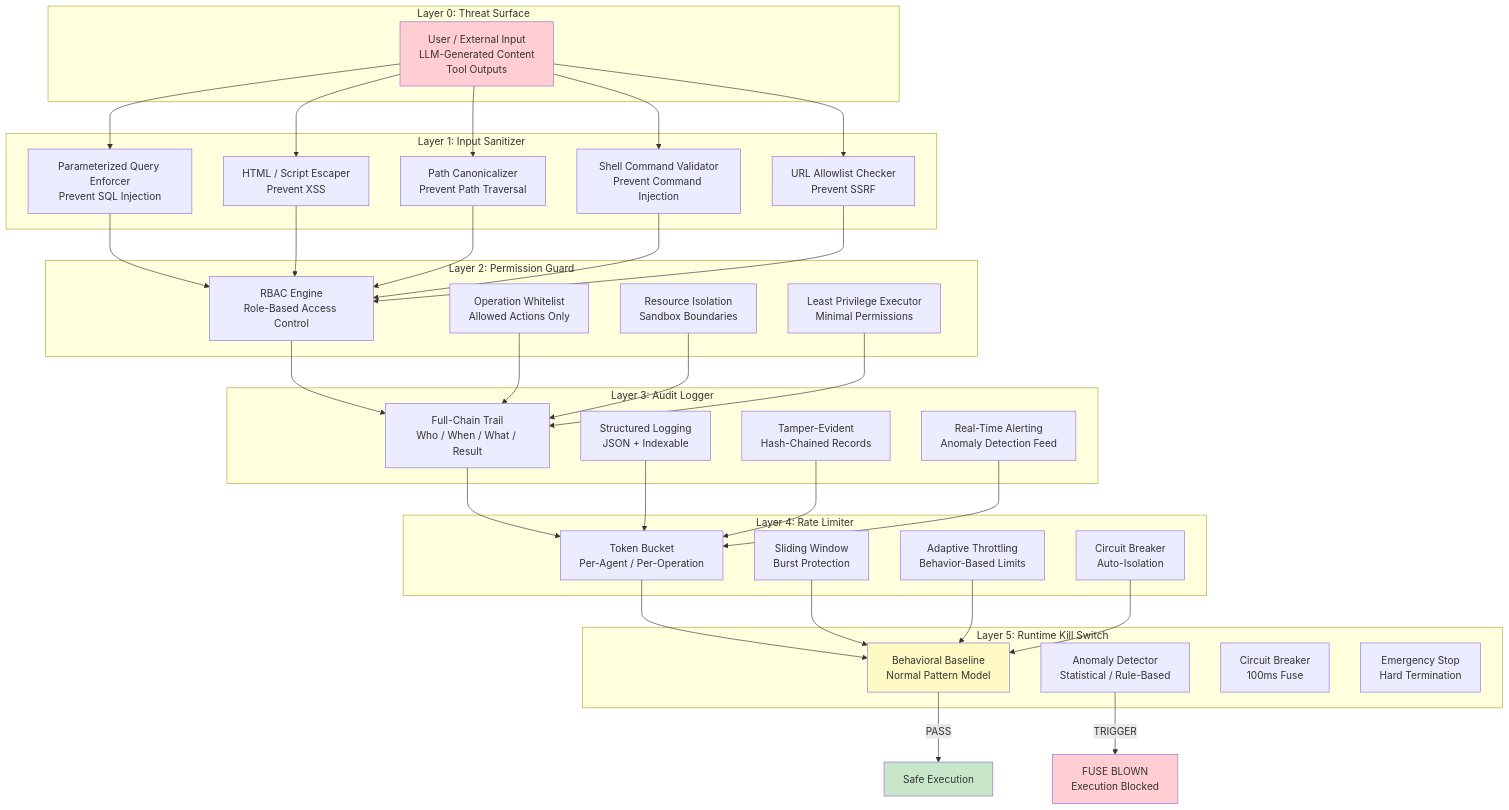
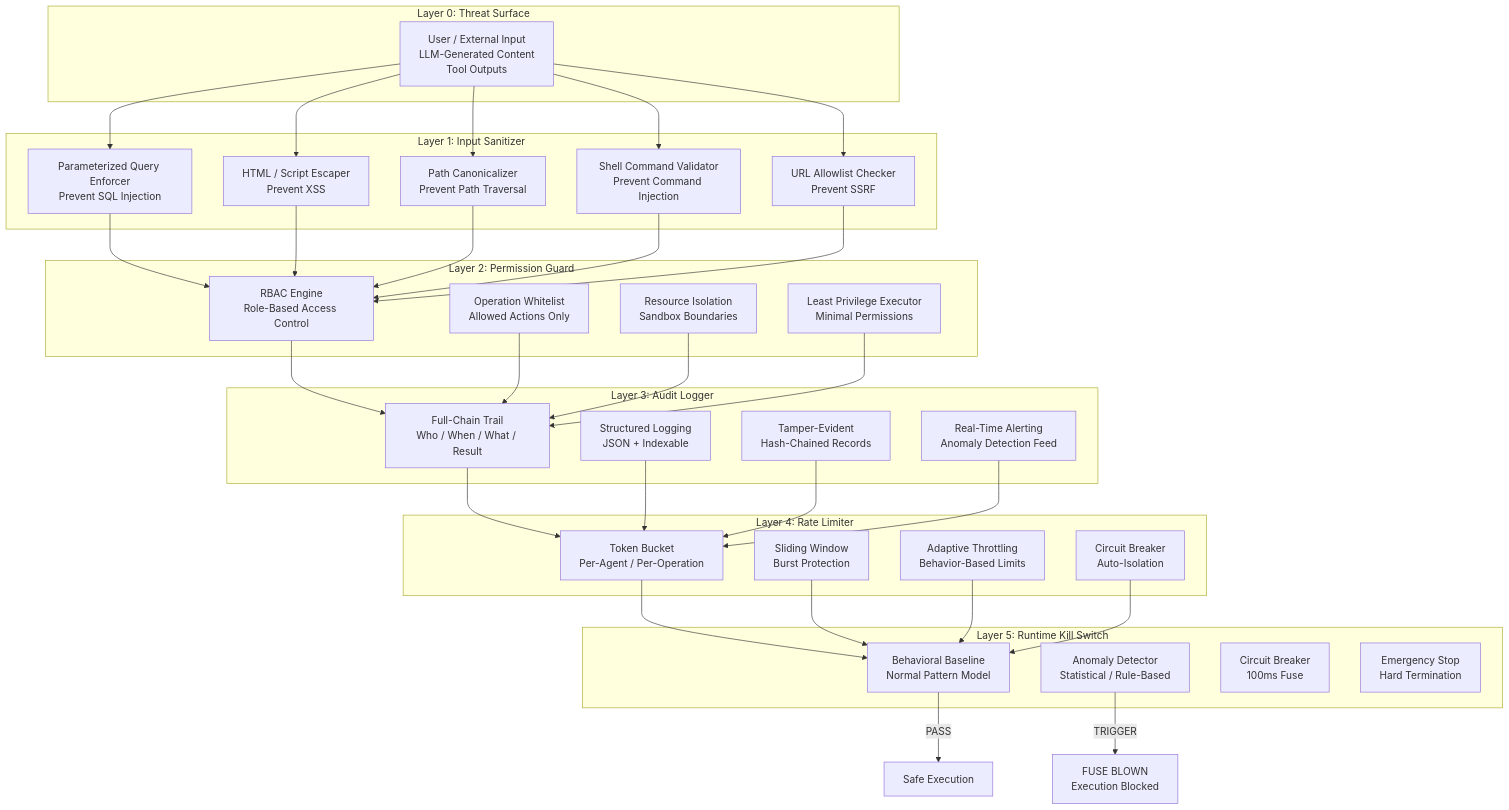
The third of 5 diagrams in content/log/ARES/12-security-hardening-deep-dive.md (Timwood0x10/myblog), drawn with Mermaid before and after one commit. The commit also changed other lines of this file and 11 other files, not shown here.

Commit message:
refactor(theme): unify Mermaid chart theme styles

````diff
--- a/content/log/ARES/12-security-hardening-deep-dive.md
+++ b/content/log/ARES/12-security-hardening-deep-dive.md
@@ -141,77 +132,73 @@
 ```mermaid
 graph TD
     subgraph "Layer 0: Threat Surface"
         INPUT["User / External Input<br/>LLM-Generated Content<br/>Tool Outputs"]
     end
 
     subgraph "Layer 1: Input Sanitizer"
         IS1["Parameterized Query Enforcer<br/>Prevent SQL Injection"]
         IS2["HTML / Script Escaper<br/>Prevent XSS"]
         IS3["Path Canonicalizer<br/>Prevent Path Traversal"]
         IS4["Shell Command Validator<br/>Prevent Command Injection"]
         IS5["URL Allowlist Checker<br/>Prevent SSRF"]
     end
 
     subgraph "Layer 2: Permission Guard"
         PG1["RBAC Engine<br/>Role-Based Access Control"]
         PG2["Operation Whitelist<br/>Allowed Actions Only"]
         PG3["Resource Isolation<br/>Sandbox Boundaries"]
         PG4["Least Privilege Executor<br/>Minimal Permissions"]
     end
 
     subgraph "Layer 3: Audit Logger"
         AL1["Full-Chain Trail<br/>Who / When / What / Result"]
         AL2["Structured Logging<br/>JSON + Indexable"]
         AL3["Tamper-Evident<br/>Hash-Chained Records"]
         AL4["Real-Time Alerting<br/>Anomaly Detection Feed"]
     end
 
     subgraph "Layer 4: Rate Limiter"
         RL1["Token Bucket<br/>Per-Agent / Per-Operation"]
         RL2["Sliding Window<br/>Burst Protection"]
         RL3["Adaptive Throttling<br/>Behavior-Based Limits"]
         RL4["Circuit Breaker<br/>Auto-Isolation"]
     end
 
     subgraph "Layer 5: Runtime Kill Switch"
         KS1["Behavioral Baseline<br/>Normal Pattern Model"]
         KS2["Anomaly Detector<br/>Statistical / Rule-Based"]
         KS3["Circuit Breaker<br/>100ms Fuse"]
         KS4["Emergency Stop<br/>Hard Termination"]
     end
 
     INPUT --> IS1
     INPUT --> IS2
     INPUT --> IS3
     INPUT --> IS4
     INPUT --> IS5
 
     IS1 --> PG1
     IS2 --> PG1
     IS3 --> PG1
     IS4 --> PG1
     IS5 --> PG1
 
     PG1 --> AL1
     PG2 --> AL1
     PG3 --> AL1
     PG4 --> AL1
 
     AL1 --> RL1
     AL2 --> RL1
     AL3 --> RL1
     AL4 --> RL1
 
     RL1 --> KS1
     RL2 --> KS1
     RL3 --> KS1
     RL4 --> KS1
 
     KS1 --> |"PASS"| OUTPUT["Safe Execution"]
     KS2 --> |"TRIGGER"| KILL["FUSE BLOWN<br/>Execution Blocked"]
 
-    style INPUT fill:#ffcdd2
-    style KILL fill:#ffcdd2
-    style OUTPUT fill:#c8e6c9
-    style KS1 fill:#fff9c4
 ```
````
